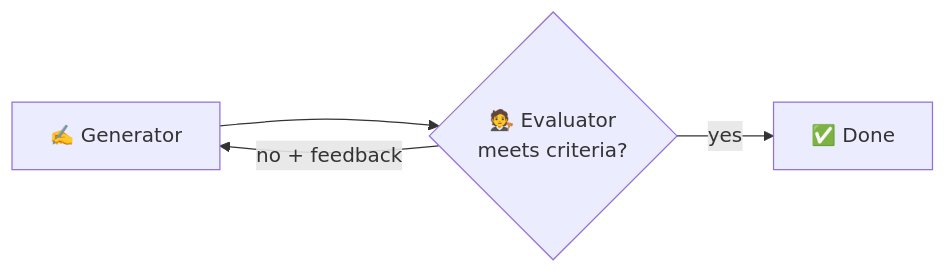
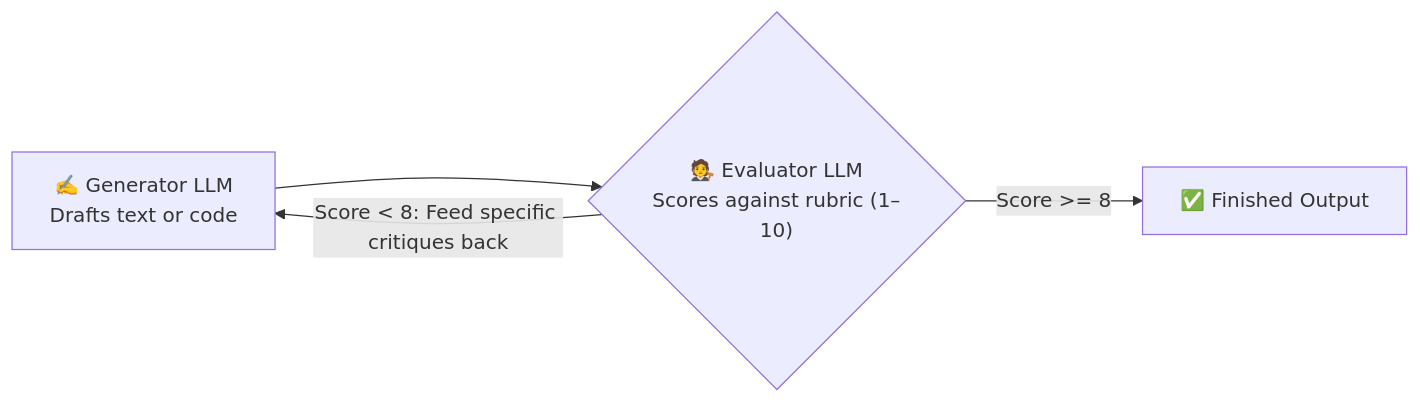
One commit to ABVicky/Prompt-Engineering-by-Vicky changed the fifth of 6 diagrams in modules/08-prompt-chaining-workflows.md. Above: the diagram before and after it, drawn with Mermaid. The commit also changed other lines of this file and 19 other files, not shown here.

````diff
--- a/modules/08-prompt-chaining-workflows.md
+++ b/modules/08-prompt-chaining-workflows.md
@@ -133,6 +185,6 @@
 ```mermaid
 flowchart LR
-    G["✍️ Generator"] --> E{"🧑‍⚖️ Evaluator<br/>meets criteria?"}
-    E -- "no + feedback" --> G
-    E -- "yes" --> D["✅ Done"]
+    G["✍️ Generator LLM<br/>Drafts text or code"] --> E{"🧑‍⚖️ Evaluator LLM<br/>Scores against rubric (1–10)"}
+    E -- "Score < 8: Feed specific critiques back" --> G
+    E -- "Score >= 8" --> D["✅ Finished Output"]
 ```
````
